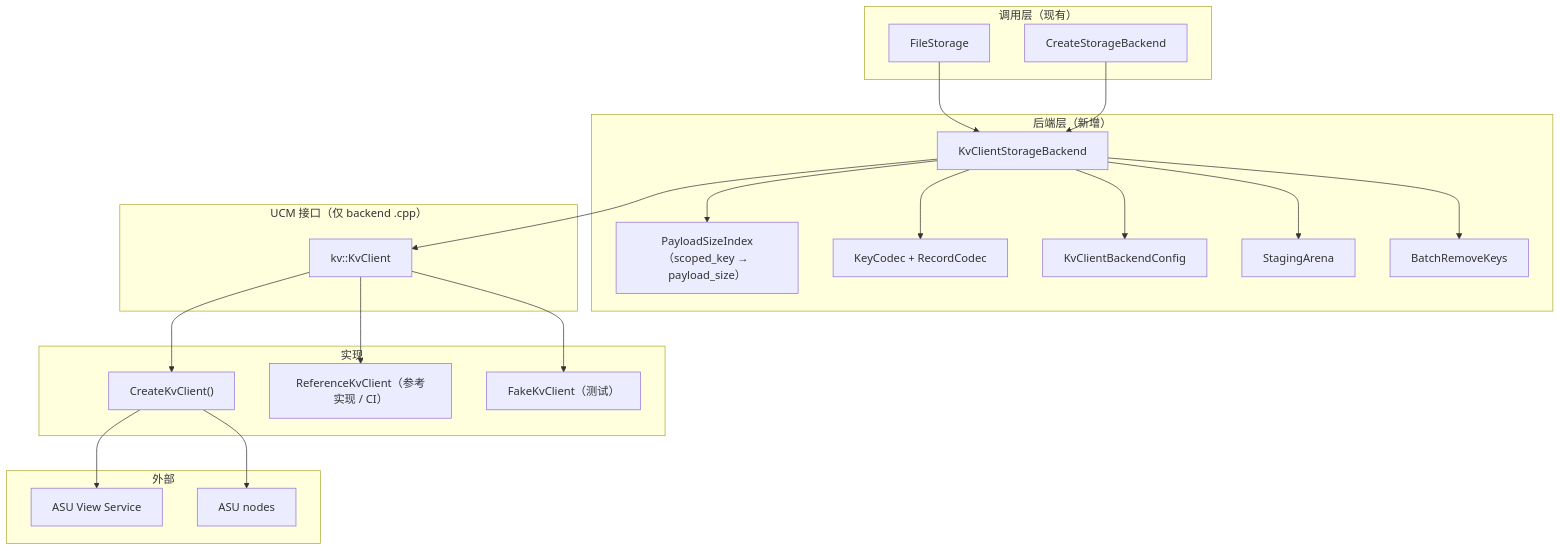
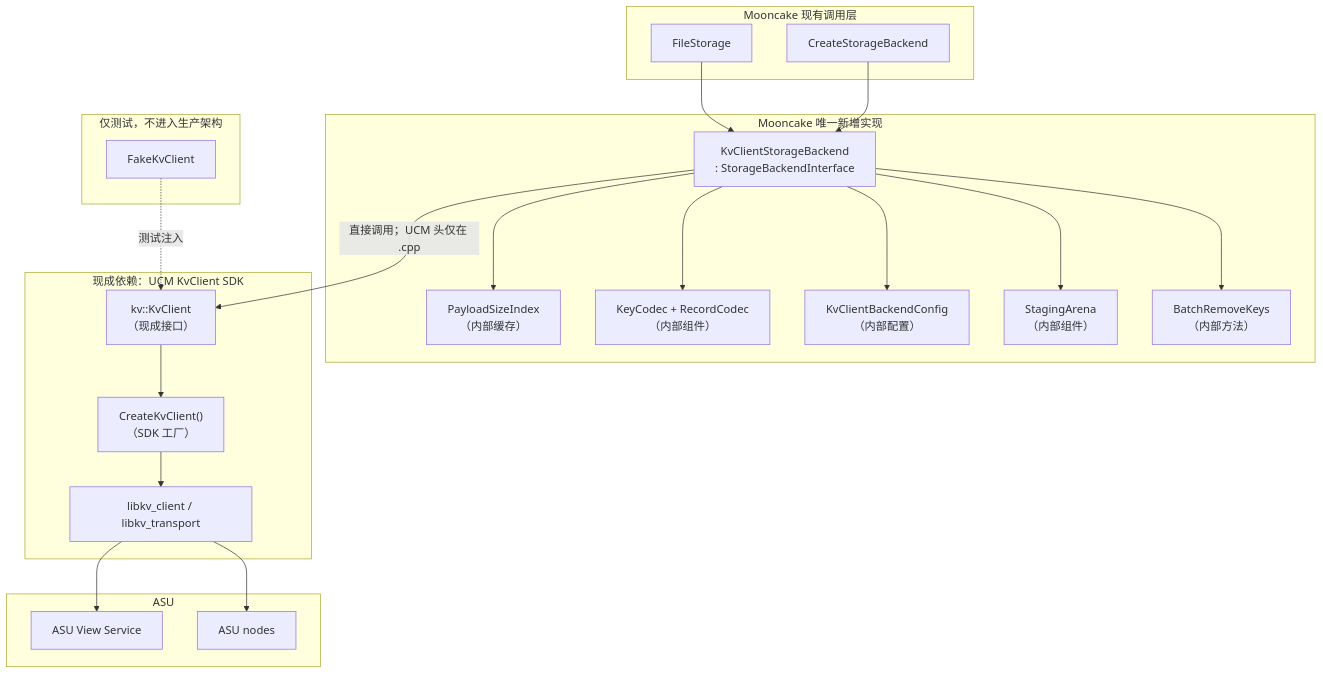
Before and after one commit to zwj20000328-dotcom/Mooncake-documents: the second of 14 diagrams in kv-client-storage-backend.md, drawn with Mermaid. The commit also changed other lines of this file, not shown here.

Commit message:
modified:   kv-client-storage-backend.md

````diff
--- a/kv-client-storage-backend.md
+++ b/kv-client-storage-backend.md
@@ -124,40 +146,45 @@
 ```mermaid
 flowchart TB
-    subgraph L0["调用层（现有）"]
+    subgraph L0["Mooncake 现有调用层"]
         FS["FileStorage"]
         Factory["CreateStorageBackend"]
     end
-    subgraph L1["后端层（新增）"]
-        BE["KvClientStorageBackend"]
-        IDX["PayloadSizeIndex（scoped_key → payload_size）"]
-        CODEC["KeyCodec + RecordCodec"]
-        CFG["KvClientBackendConfig"]
-        STAGE["StagingArena"]
-        DEL["BatchRemoveKeys"]
+
+    subgraph L1["Mooncake 唯一新增实现"]
+        BE["KvClientStorageBackend<br/>: StorageBackendInterface"]
+        IDX["PayloadSizeIndex<br/>（内部缓存）"]
+        CODEC["KeyCodec + RecordCodec<br/>（内部组件）"]
+        CFG["KvClientBackendConfig<br/>（内部配置）"]
+        STAGE["StagingArena<br/>（内部组件）"]
+        DEL["BatchRemoveKeys<br/>（内部方法）"]
     end
-    subgraph L2["UCM 接口（仅 backend .cpp）"]
-        KVC["kv::KvClient"]
+
+    subgraph L2["现成依赖：UCM KvClient SDK"]
+        KVC["kv::KvClient<br/>（现成接口）"]
+        CREATE["CreateKvClient()<br/>（SDK 工厂）"]
+        LIB["libkv_client / libkv_transport"]
     end
-    subgraph L3["实现"]
-        UCM["CreateKvClient()"]
-        MEM["ReferenceKvClient（参考实现 / CI）"]
-        FAKE["FakeKvClient（测试）"]
-    end
-    subgraph L4["外部"]
+
+    subgraph L3["ASU"]
         VIEW["ASU View Service"]
         ASUN["ASU nodes"]
     end
+
+    subgraph TEST["仅测试，不进入生产架构"]
+        FAKE["FakeKvClient"]
+    end
+
     FS --> BE
     Factory --> BE
     BE --> IDX
     BE --> CODEC
     BE --> CFG
     BE --> STAGE
     BE --> DEL
-    BE --> KVC
-    KVC --> UCM
-    KVC --> MEM
-    KVC --> FAKE
-    UCM --> VIEW
-    UCM --> ASUN
+    BE -->|"直接调用；UCM 头仅在 .cpp"| KVC
+    KVC --> CREATE
+    CREATE --> LIB
+    LIB --> VIEW
+    LIB --> ASUN
+    FAKE -.->|"测试注入"| KVC
 ```
````
